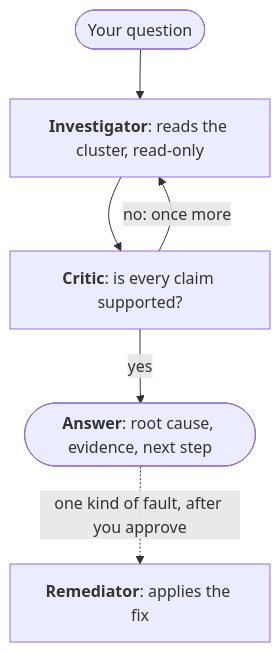
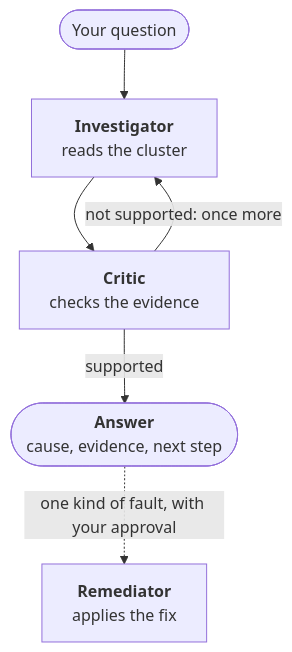
The diagram in README.md (tomershukhman/k8s-troubleshooting-agent), drawn with Mermaid before and after one commit.

Commit message:
README: shorter labels in the workflow diagram [skip ci]

````diff
--- a/README.md
+++ b/README.md
@@ -9,8 +9,8 @@
 ```mermaid
 flowchart TD
-    q(["Your question"]) --> inv["<b>Investigator</b>: reads the cluster, read-only"]
-    inv --> critic["<b>Critic</b>: is every claim supported?"]
-    critic -- "no: once more" --> inv
-    critic -- "yes" --> ans(["<b>Answer</b>: root cause, evidence, next step"])
-    ans -. "one kind of fault, after you approve" .-> rem["<b>Remediator</b>: applies the fix"]
+    q(["Your question"]) --> inv["<b>Investigator</b><br/>reads the cluster"]
+    inv --> critic["<b>Critic</b><br/>checks the evidence"]
+    critic -- "not supported: once more" --> inv
+    critic -- "supported" --> ans(["<b>Answer</b><br/>cause, evidence, next step"])
+    ans -. "one kind of fault, with your approval" .-> rem["<b>Remediator</b><br/>applies the fix"]
 ```
````
